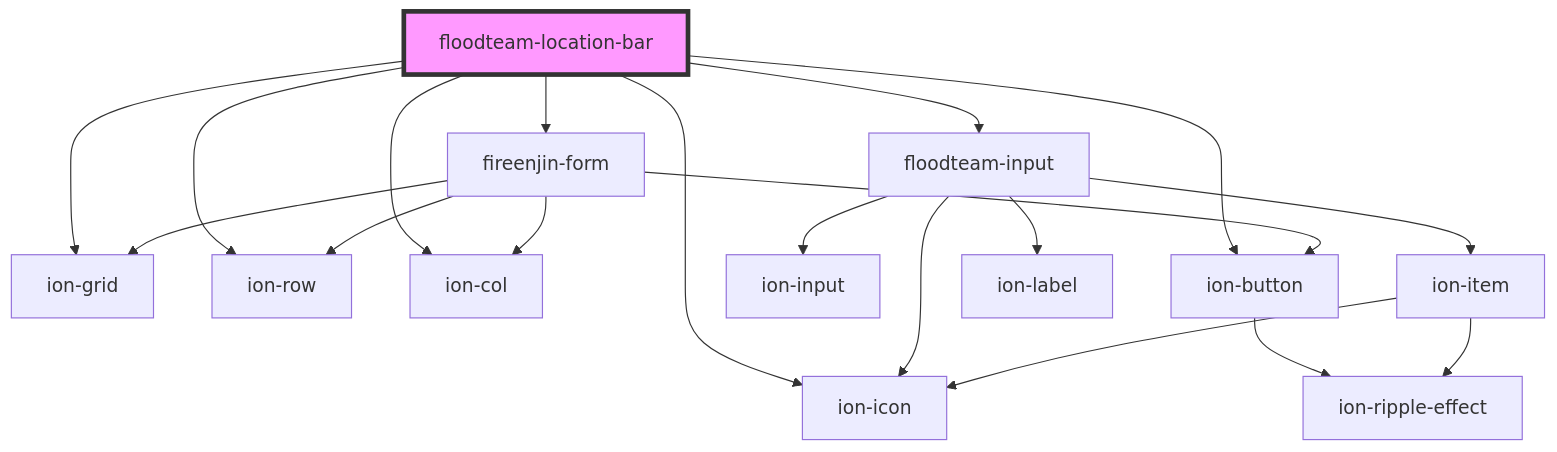
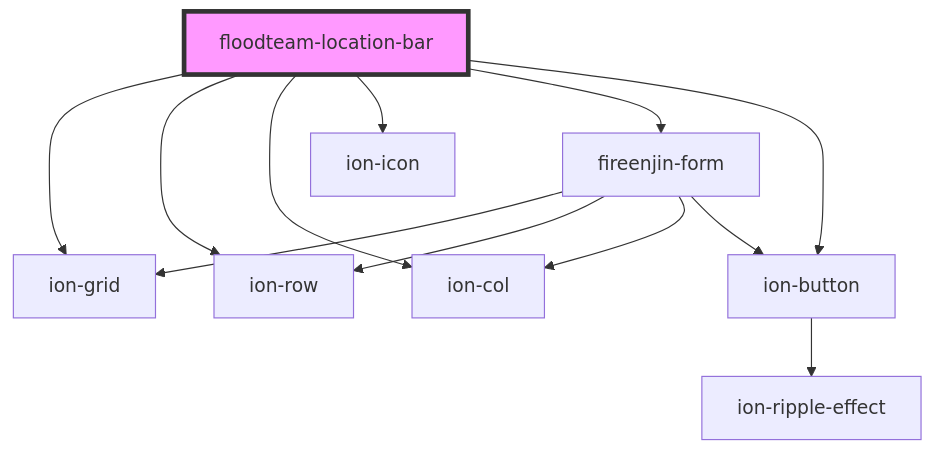
One commit to FloodTeam/components changed the diagram in src/components/location-bar/readme.md. Above: the diagram before and after it, drawn with Mermaid. The commit also changed other lines of this file and 24 other files, not shown here.

````diff
--- a/src/components/location-bar/readme.md
+++ b/src/components/location-bar/readme.md
@@ -31,22 +30,15 @@
 ```mermaid
 graph TD;
   floodteam-location-bar --> ion-grid
   floodteam-location-bar --> ion-row
   floodteam-location-bar --> ion-col
   floodteam-location-bar --> ion-icon
   floodteam-location-bar --> fireenjin-form
-  floodteam-location-bar --> floodteam-input
   floodteam-location-bar --> ion-button
   fireenjin-form --> ion-grid
   fireenjin-form --> ion-row
   fireenjin-form --> ion-col
   fireenjin-form --> ion-button
   ion-button --> ion-ripple-effect
-  floodteam-input --> ion-input
-  floodteam-input --> ion-item
-  floodteam-input --> ion-icon
-  floodteam-input --> ion-label
-  ion-item --> ion-icon
-  ion-item --> ion-ripple-effect
   style floodteam-location-bar fill:#f9f,stroke:#333,stroke-width:4px
 ```
````
